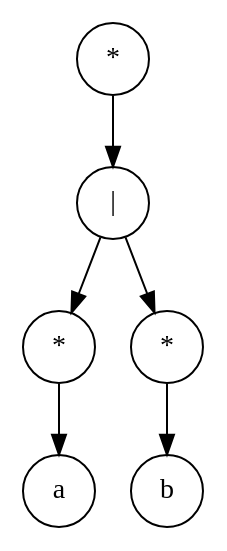
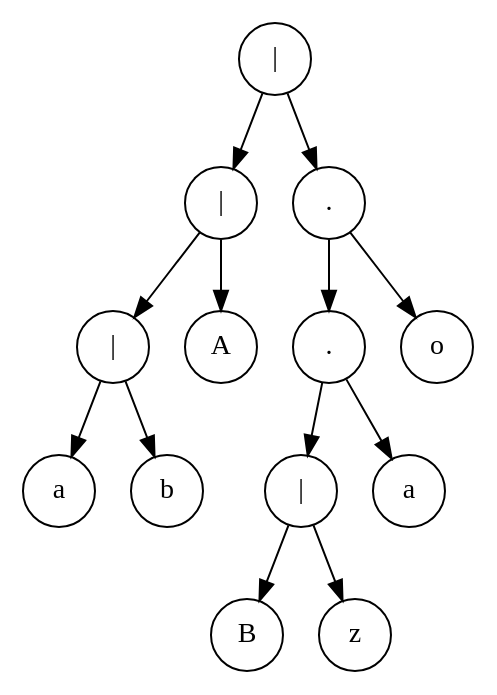
The diagram in Graphs/graph2.dot (DiggsPapu/TeoriaComputacion), drawn with Graphviz before and after one commit. The commit also changed 11 other files, not shown here.

```diff
--- a/Graphs/graph2.dot
+++ b/Graphs/graph2.dot
@@ -1,14 +1,28 @@
 digraph Tree{
 node [shape=circle];
 node0 [label="a"];
-node1 [label="*"];
-node2 [label="b"];
-node3 [label="*"];
+node1 [label="b"];
+node2 [label="|"];
+node3 [label="A"];
 node4 [label="|"];
-node5 [label="*"];
-node1->node0;
-node3->node2;
-node4->node1;
+node5 [label="B"];
+node6 [label="z"];
+node7 [label="|"];
+node8 [label="a"];
+node9 [label="."];
+node10 [label="o"];
+node11 [label="."];
+node12 [label="|"];
+node2->node0;
+node2->node1;
+node4->node2;
 node4->node3;
-node5->node4;
+node7->node5;
+node7->node6;
+node9->node7;
+node9->node8;
+node11->node9;
+node11->node10;
+node12->node4;
+node12->node11;
 }
```
